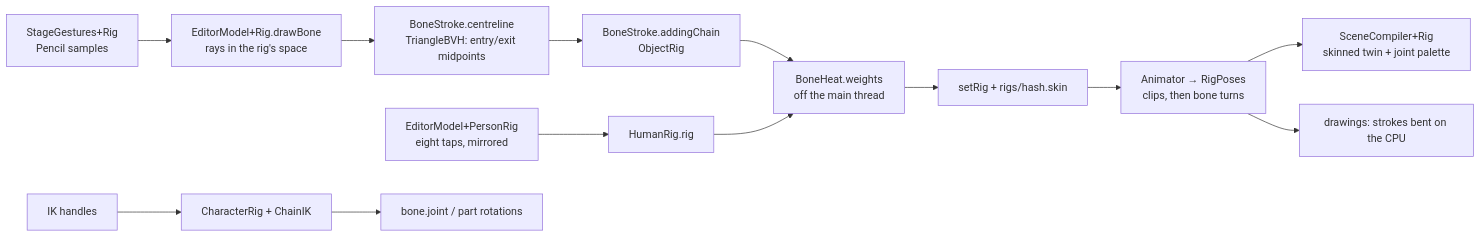
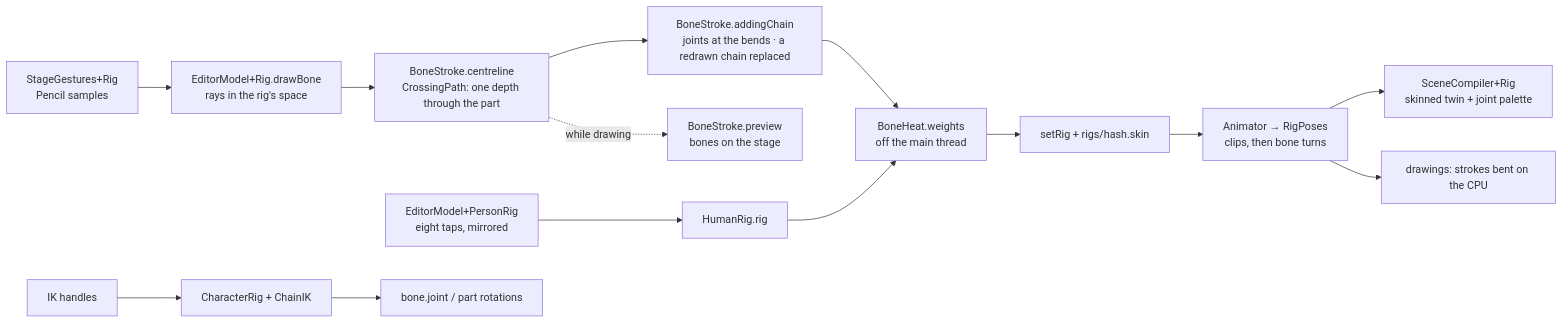
The seventh of 10 diagrams in docs/ARCHITECTURE.md (AhmedHeshamEG/3D-lowey), drawn with Mermaid before and after one commit. The commit also changed other lines of this file and 83 other files, not shown here.

````diff
--- a/docs/ARCHITECTURE.md
+++ b/docs/ARCHITECTURE.md
@@ -211,13 +211,14 @@
 ```mermaid
 flowchart LR
     Stroke[StageGestures+Rig<br/>Pencil samples] --> Rays[EditorModel+Rig.drawBone<br/>rays in the rig's space]
-    Rays --> Line[BoneStroke.centreline<br/>TriangleBVH: entry/exit midpoints]
-    Line --> Chain[BoneStroke.addingChain<br/>ObjectRig]
+    Rays --> Line[BoneStroke.centreline<br/>CrossingPath: one depth through the part]
+    Line --> Chain[BoneStroke.addingChain<br/>joints at the bends · a redrawn chain replaced]
+    Line -. while drawing .-> Preview[BoneStroke.preview<br/>bones on the stage]
     Dots[EditorModel+PersonRig<br/>eight taps, mirrored] --> Human[HumanRig.rig]
     Chain & Human --> Heat[BoneHeat.weights<br/>off the main thread]
     Heat --> Set[setRig + rigs/hash.skin]
     Set --> Anim[Animator → RigPoses<br/>clips, then bone turns]
     Anim --> GPU[SceneCompiler+Rig<br/>skinned twin + joint palette]
     Anim --> Bend[drawings: strokes bent on the CPU]
     Drag[IK handles] --> CR[CharacterRig + ChainIK] --> Turns[bone.joint / part rotations]
 ```
````
